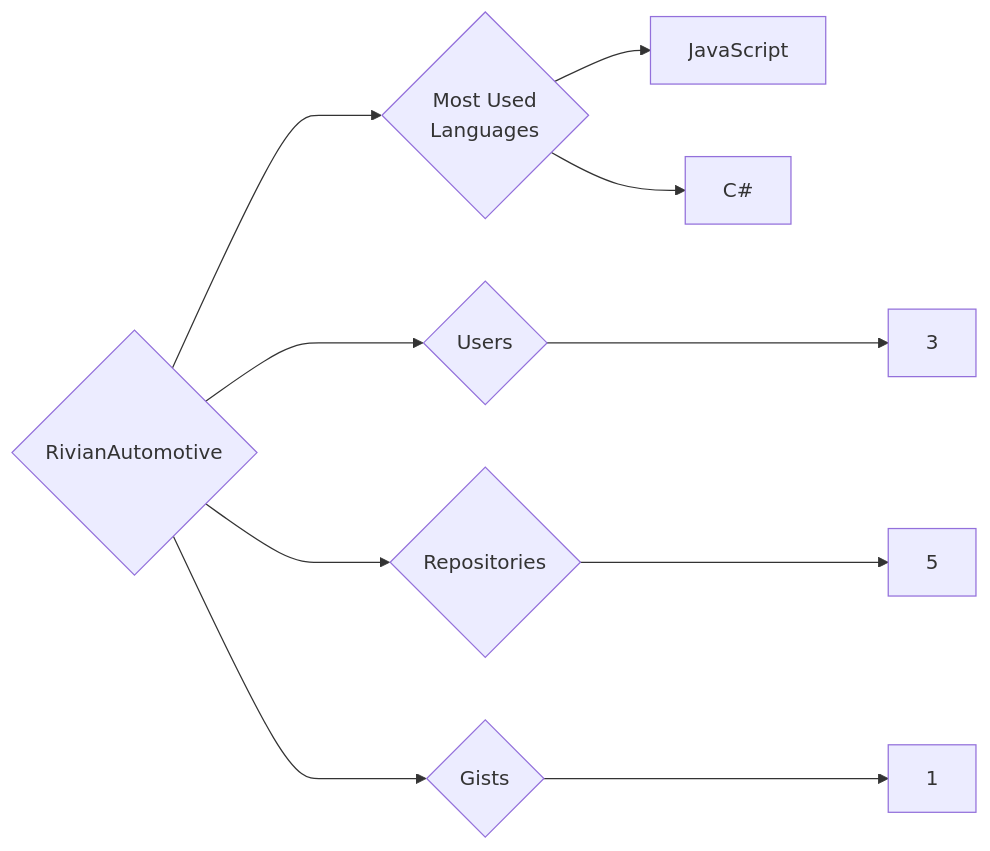
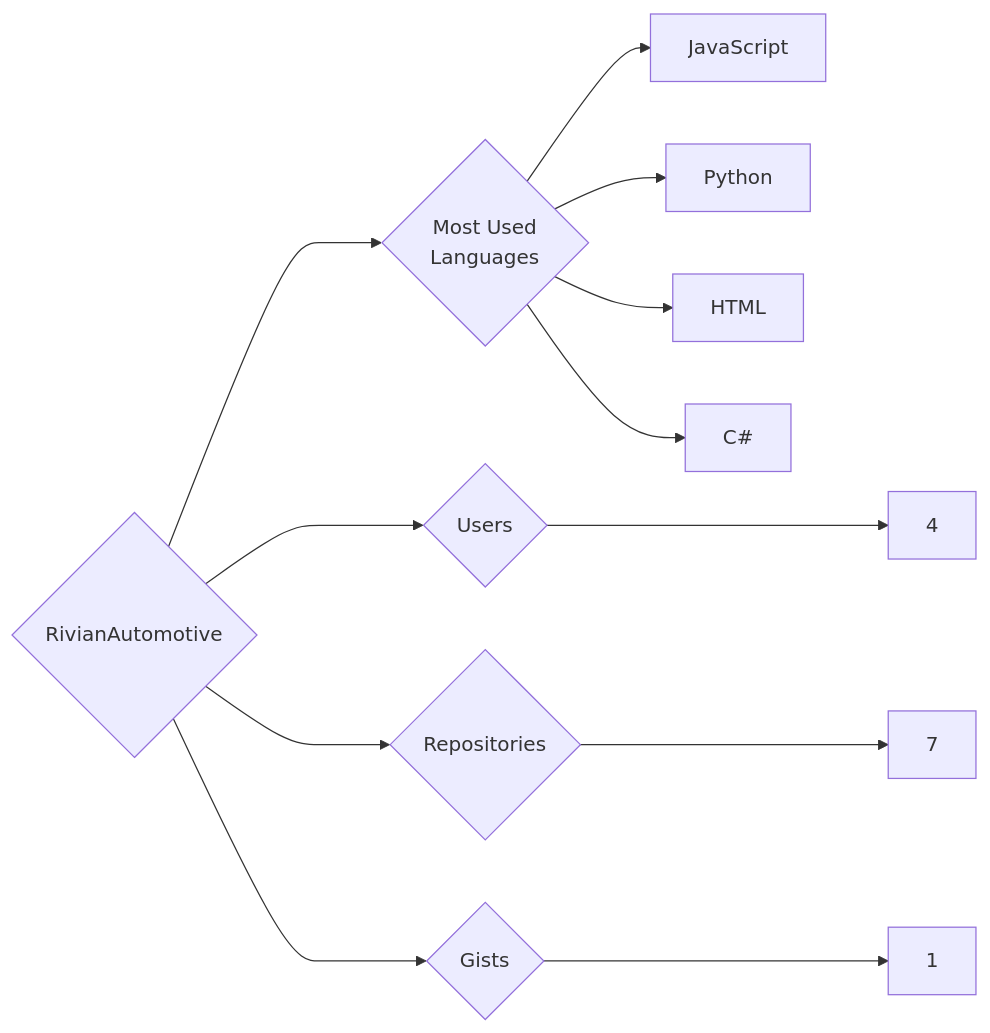
The diagram in targets/RivianAutomotive/README.md (trickest/insiders), drawn with Mermaid before and after one commit. The commit also changed 1496 other files, not shown here.

````diff
--- a/targets/RivianAutomotive/README.md
+++ b/targets/RivianAutomotive/README.md
@@ -3,10 +3,12 @@
 ```mermaid
 graph LR
 COMPANY_NAME{RivianAutomotive}
-COMPANY_NAME ---> U{Users} ---> UN[3]
-COMPANY_NAME ---> R{Repositories} ---> RN[5]
+COMPANY_NAME ---> U{Users} ---> UN[4]
+COMPANY_NAME ---> R{Repositories} ---> RN[7]
 COMPANY_NAME ---> G{Gists} ---> GN[1]
 COMPANY_NAME ---> ML{Most Used<br>Languages}
 ML --> JavaScript[JavaScript]
+ML --> Python[Python]
+ML --> HTML[HTML]
 ML --> C#[C#]
 ```
````
